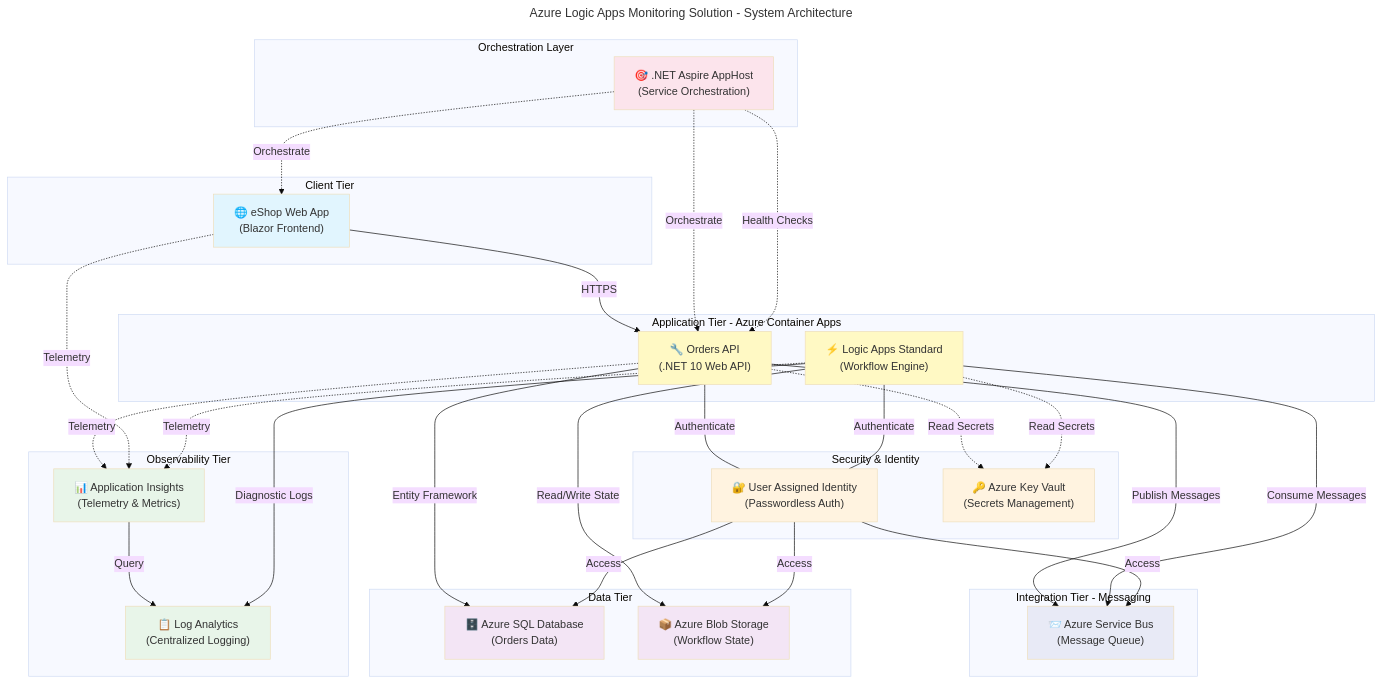
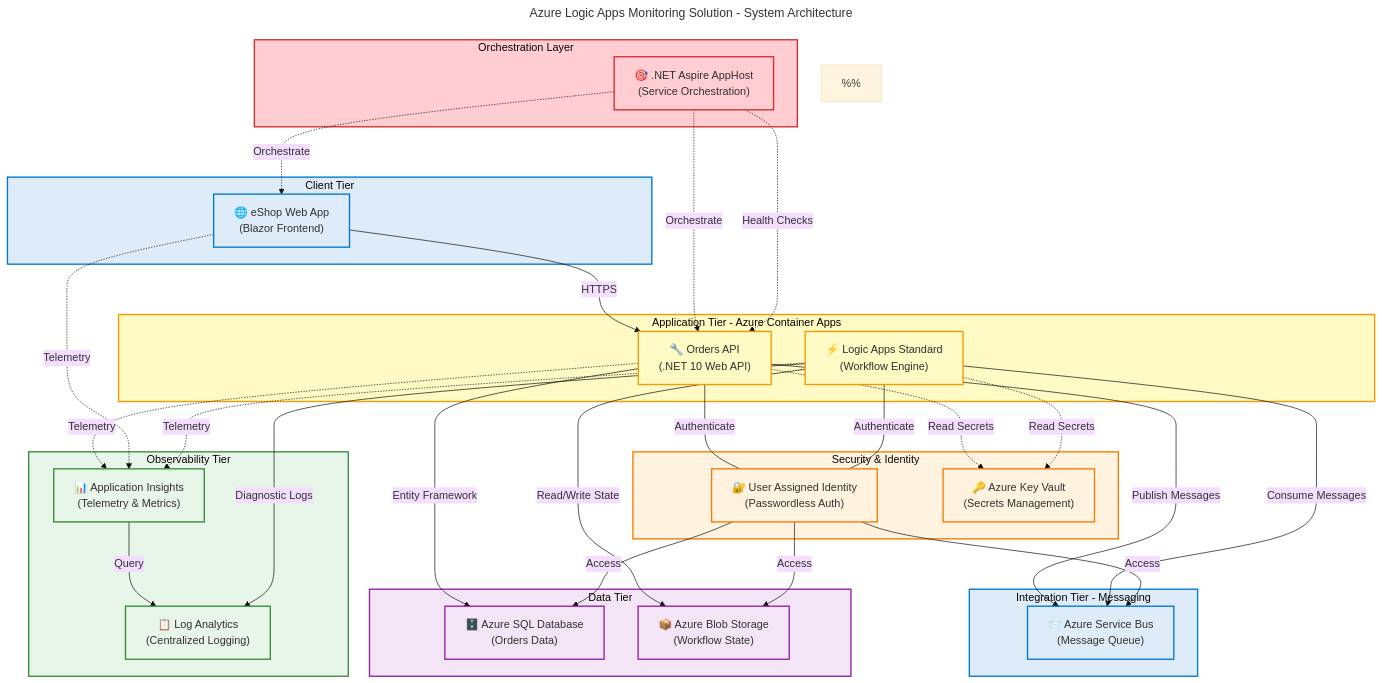
The first of 3 diagrams in README.md (Evilazaro/Azure-LogicApps-Monitoring), drawn with Mermaid (base theme) before and after one commit. The commit also changed other lines of this file, not shown here.

Commit message:
docs: enhance architecture diagrams with improved descriptions and color coding for clarity and accessibility

````diff
--- a/README.md
+++ b/README.md
@@ -71,35 +71,38 @@
 title: "Azure Logic Apps Monitoring Solution - System Architecture"
 ---
 graph TB
-    subgraph "Client Tier"
+    accTitle: Azure Logic Apps Monitoring Solution System Architecture
+    accDescr: Three-tier architecture diagram showing client tier with Blazor web app, application tier with Orders API and Logic Apps, integration tier with Service Bus, data tier with SQL Database and Blob Storage, observability tier with Application Insights and Log Analytics, security layer with managed identity and Key Vault, and orchestration layer with .NET Aspire AppHost
+
+    subgraph ClientTier["Client Tier"]
         WebApp["🌐 eShop Web App<br/>(Blazor Frontend)"]
     end
 
-    subgraph "Application Tier - Azure Container Apps"
+    subgraph ApplicationTier["Application Tier - Azure Container Apps"]
         OrdersAPI["🔧 Orders API<br/>(.NET 10 Web API)"]
         LogicApp["⚡ Logic Apps Standard<br/>(Workflow Engine)"]
     end
 
-    subgraph "Integration Tier - Messaging"
+    subgraph IntegrationTier["Integration Tier - Messaging"]
         ServiceBus["📨 Azure Service Bus<br/>(Message Queue)"]
     end
 
-    subgraph "Data Tier"
+    subgraph DataTier["Data Tier"]
         SQLDatabase["🗄️ Azure SQL Database<br/>(Orders Data)"]
         BlobStorage["📦 Azure Blob Storage<br/>(Workflow State)"]
     end
 
-    subgraph "Observability Tier"
+    subgraph ObservabilityTier["Observability Tier"]
         AppInsights["📊 Application Insights<br/>(Telemetry & Metrics)"]
         LogAnalytics["📋 Log Analytics<br/>(Centralized Logging)"]
     end
 
-    subgraph "Security & Identity"
+    subgraph SecurityIdentity["Security & Identity"]
         ManagedIdentity["🔐 User Assigned Identity<br/>(Passwordless Auth)"]
         KeyVault["🔑 Azure Key Vault<br/>(Secrets Management)"]
     end
 
-    subgraph "Orchestration Layer"
+    subgraph OrchestrationLayer["Orchestration Layer"]
         Aspire["🎯 .NET Aspire AppHost<br/>(Service Orchestration)"]
     end
 
@@ -129,15 +132,34 @@
     OrdersAPI -.->|Read Secrets| KeyVault
     LogicApp -.->|Read Secrets| KeyVault
 
-    style WebApp fill:#E1F5FE
-    style OrdersAPI fill:#FFF9C4
-    style LogicApp fill:#FFF9C4
-    style ServiceBus fill:#E8EAF6
-    style SQLDatabase fill:#F3E5F5
-    style BlobStorage fill:#F3E5F5
-    style AppInsights fill:#E8F5E9
-    style LogAnalytics fill:#E8F5E9
-    style ManagedIdentity fill:#FFF3E0
-    style KeyVault fill:#FFF3E0
-    style Aspire fill:#FCE4EC
+    style ClientTier fill:#DEECF9,stroke:#0078D4,stroke-width:2px
+    style ApplicationTier fill:#FFF9C4,stroke:#F59B00,stroke-width:2px
+    style IntegrationTier fill:#DEECF9,stroke:#0078D4,stroke-width:2px
+    style DataTier fill:#F3E5F5,stroke:#8E24AA,stroke-width:2px
+    style ObservabilityTier fill:#E8F5E9,stroke:#388E3C,stroke-width:2px
+    style SecurityIdentity fill:#FFF3E0,stroke:#F57C00,stroke-width:2px
+    style OrchestrationLayer fill:#FFCDD2,stroke:#D32F2F,stroke-width:2px
+
+    style WebApp fill:#DEECF9,stroke:#0078D4,stroke-width:2px,color:#323130
+    style OrdersAPI fill:#FFF9C4,stroke:#F59B00,stroke-width:2px,color:#323130
+    style LogicApp fill:#FFF9C4,stroke:#F59B00,stroke-width:2px,color:#323130
+    style ServiceBus fill:#DEECF9,stroke:#0078D4,stroke-width:2px,color:#323130
+    style SQLDatabase fill:#F3E5F5,stroke:#8E24AA,stroke-width:2px,color:#323130
+    style BlobStorage fill:#F3E5F5,stroke:#8E24AA,stroke-width:2px,color:#323130
+    style AppInsights fill:#E8F5E9,stroke:#388E3C,stroke-width:2px,color:#323130
+    style LogAnalytics fill:#E8F5E9,stroke:#388E3C,stroke-width:2px,color:#323130
+    style ManagedIdentity fill:#FFF3E0,stroke:#F57C00,stroke-width:2px,color:#323130
+    style KeyVault fill:#FFF3E0,stroke:#F57C00,stroke-width:2px,color:#323130
+    style Aspire fill:#FFCDD2,stroke:#D32F2F,stroke-width:2px,color:#323130
+
+    %% Color Palette Documentation
+    %% azureBlue (#DEECF9): Client and Integration tiers
+    %% azureYellow (#FFF9C4): Application tier services
+    %% azurePurple (#F3E5F5): Data storage layer
+    %% azureGreen (#E8F5E9): Observability and monitoring
+    %% azureOrange (#FFF3E0): Security and identity
+    %% azureRed (#FFCDD2): Orchestration layer
+    %%
+    %% Accessibility: WCAG AA compliant (4.5:1 contrast ratio)
+    %% Icons: Semantic emojis for visual identification
 ```
````
